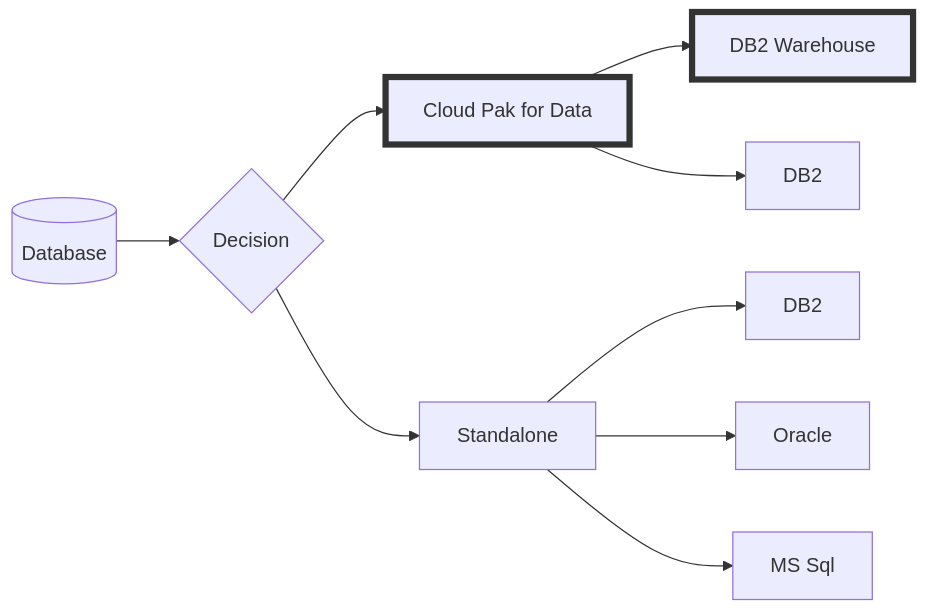
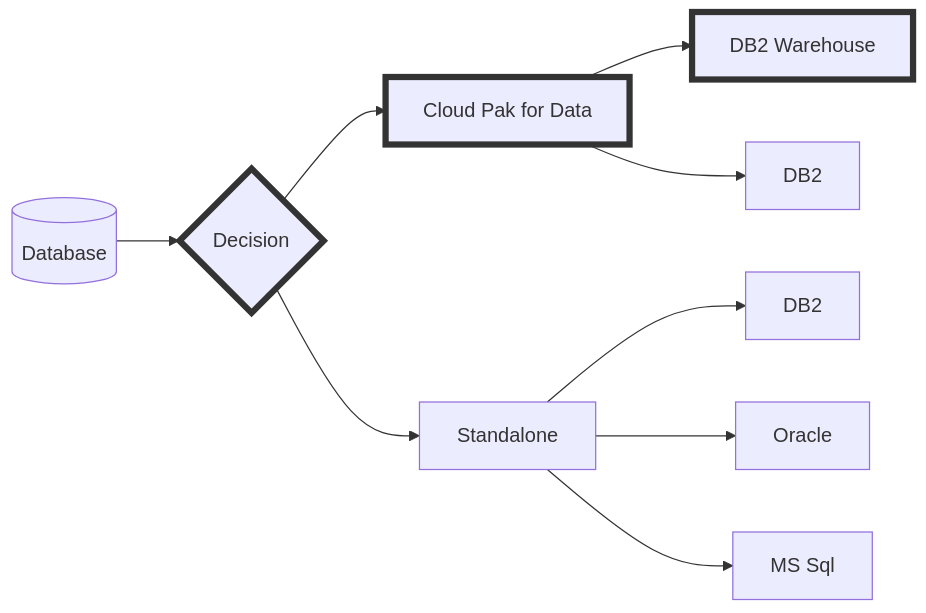
The second of 4 diagrams in IBM_Tririga_Application_Suite_11_3_ROKS.md (IBM/my-tas-cookbook), drawn with Mermaid before and after one commit. The commit also changed other lines of this file, not shown here.

````diff
--- a/IBM_Tririga_Application_Suite_11_3_ROKS.md
+++ b/IBM_Tririga_Application_Suite_11_3_ROKS.md
@@ -106,12 +107,13 @@
 ```mermaid
 flowchart LR
     id1[(Database)] --> B{Decision}
     B --> D[Cloud Pak for Data] --> C[DB2 Warehouse]
     D --> F[DB2]
     B --> E[Standalone]
     E --> G[DB2]
     E --> H[Oracle]
     E --> I[MS Sql]
+    style B stroke:#333,stroke-width:5px
     style C stroke:#333,stroke-width:5px
     style D stroke:#333,stroke-width:5px
 ```
````
